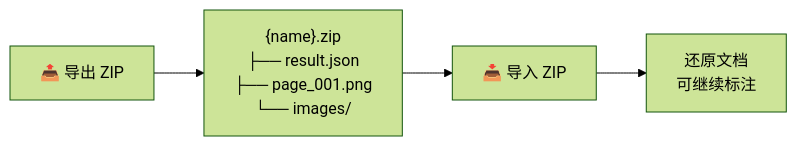
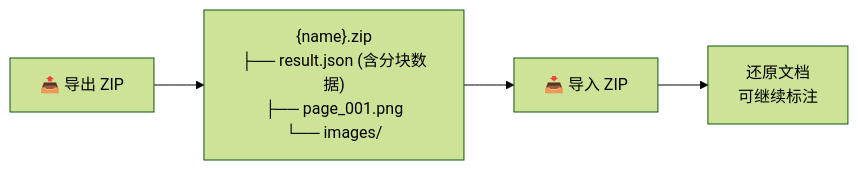
Before and after one commit to catnlp/doc_parser_data_engine: the third of 5 diagrams in README.md, drawn with Mermaid (forest theme). The commit also changed other lines of this file and 17 other files, not shown here.

````diff
--- a/README.md
+++ b/README.md
@@ -76,6 +99,6 @@
 ```mermaid
 flowchart LR
-    A[📤 导出 ZIP] --> B["{name}.zip<br/>├── result.json<br/>├── page_001.png<br/>└── images/"]
+    A[📤 导出 ZIP] --> B["{name}.zip<br/>├── result.json (含分块数据)<br/>├── page_001.png<br/>└── images/"]
     B --> C[📥 导入 ZIP]
     C --> D[还原文档<br/>可继续标注]
 ```
````
